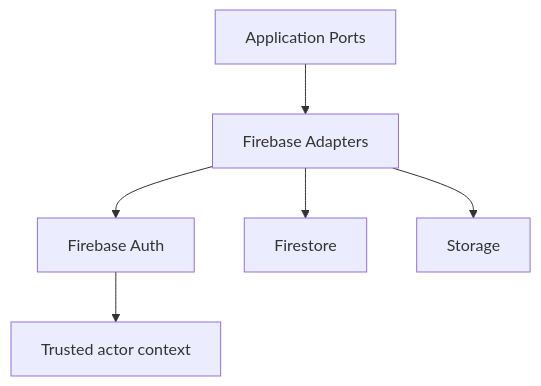
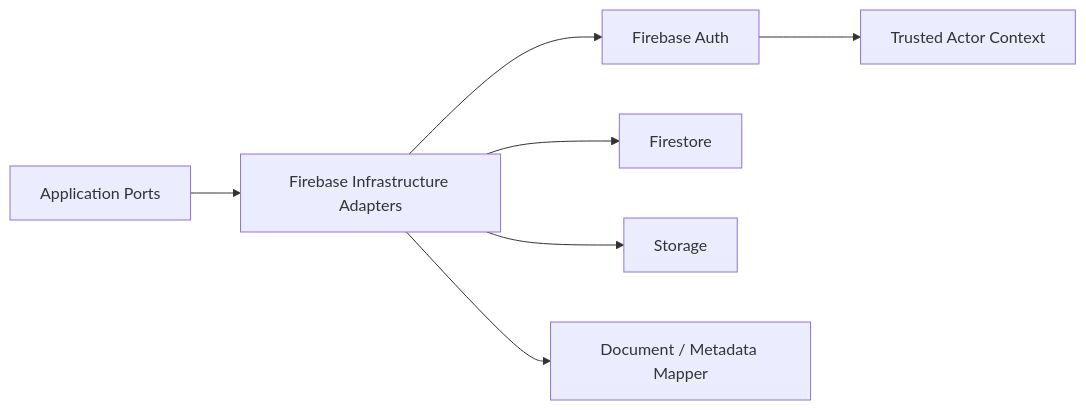
One commit to 369sup/worksync-hr changed the diagram in docs/04-infrastructure/firebase-overview.md. Above: the diagram before and after it, drawn with Mermaid. The commit also changed other lines of this file and 39 other files, not shown here.

Commit message:
docs: strengthen architecture and process docs

````diff
--- a/docs/04-infrastructure/firebase-overview.md
+++ b/docs/04-infrastructure/firebase-overview.md
@@ -7,8 +7,9 @@
 ```mermaid
-flowchart TD
-  APP[Application Ports] --> ADP[Firebase Adapters]
-  ADP --> AUTH[Firebase Auth]
-  ADP --> FS[Firestore]
-  ADP --> ST[Storage]
-  AUTH --> ACTOR[Trusted actor context]
+flowchart LR
+  APP[Application Ports] --> INF[Firebase Infrastructure Adapters]
+  INF --> AUTH[Firebase Auth]
+  INF --> FS[Firestore]
+  INF --> ST[Storage]
+  INF --> MAP[Document / Metadata Mapper]
+  AUTH --> ACTOR[Trusted Actor Context]
 ```
````
